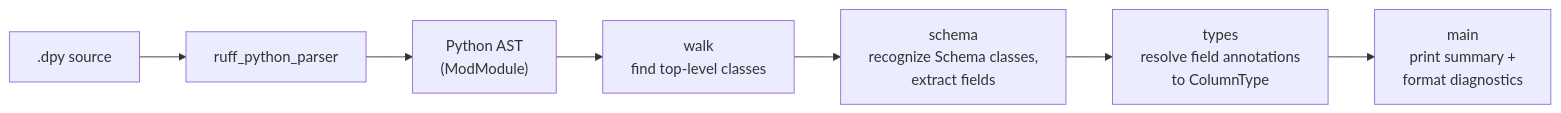
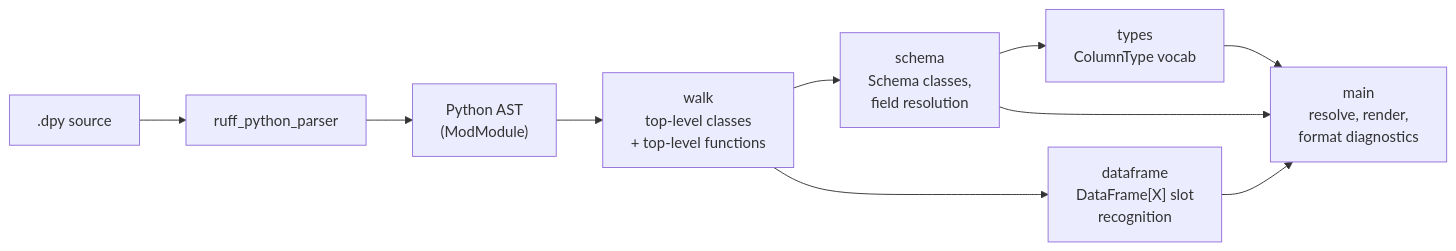
One commit to amirnaderi93/pykrete changed the diagram in docs/design/architecture.md. Above: the diagram before and after it, drawn with Mermaid. The commit also changed other lines of this file and 4 other files, not shown here.

First line of the commit message:
Recognize DataFrame[Schema] annotations on function signatures

````diff
--- a/docs/design/architecture.md
+++ b/docs/design/architecture.md
@@ -7,9 +7,12 @@
 ```mermaid
 flowchart LR
     A[".dpy source"] --> B["ruff_python_parser"]
     B --> C["Python AST<br/>(ModModule)"]
-    C --> D["walk<br/>find top-level classes"]
-    D --> E["schema<br/>recognize Schema classes,<br/>extract fields"]
-    E --> F["types<br/>resolve field annotations<br/>to ColumnType"]
-    F --> G["main<br/>print summary +<br/>format diagnostics"]
+    C --> W["walk<br/>top-level classes<br/>+ top-level functions"]
+    W --> S["schema<br/>Schema classes,<br/>field resolution"]
+    W --> D["dataframe<br/>DataFrame[X] slot<br/>recognition"]
+    S --> T["types<br/>ColumnType vocab"]
+    S --> M["main<br/>resolve, render,<br/>format diagnostics"]
+    D --> M
+    T --> M
 ```
````
